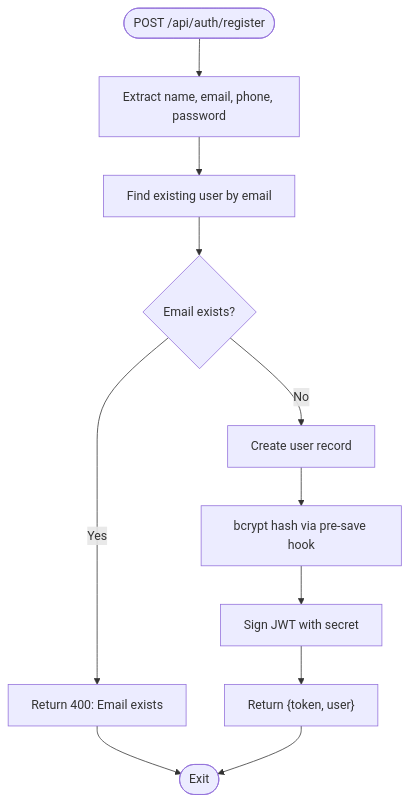
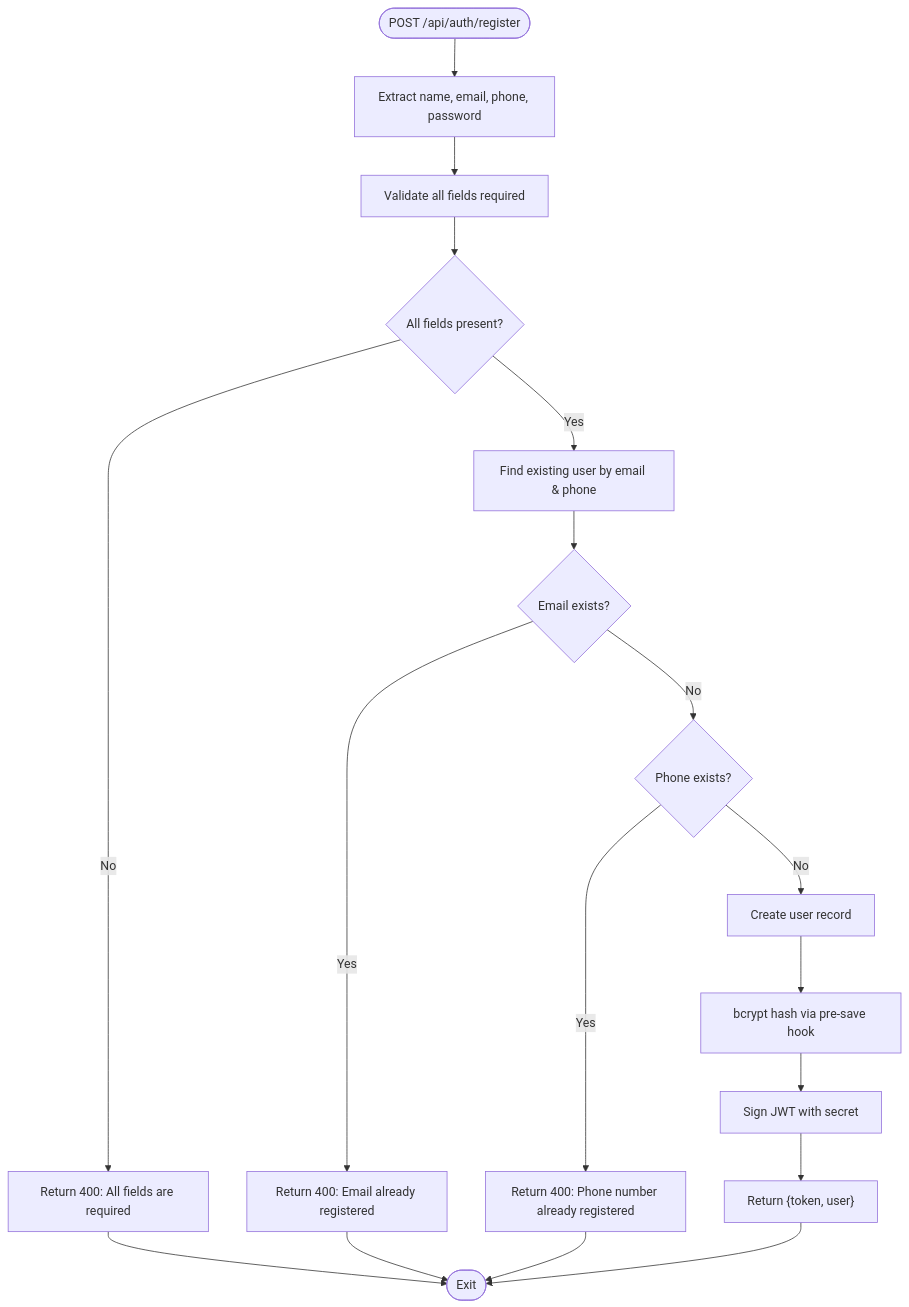
One commit to Pavan-PSPK9032/TrendsandToss changed the third of 11 diagrams in .qoder/repowiki/en/content/Authentication & Authorization/Login & Registration Process.md. Above: the diagram before and after it, drawn with Mermaid. The commit also changed other lines of this file and 27 other files, not shown here.

````diff
--- a/.qoder/repowiki/en/content/Authentication & Authorization/Login & Registration Process.md
+++ b/.qoder/repowiki/en/content/Authentication & Authorization/Login & Registration Process.md
@@ -197,13 +200,20 @@
 ```mermaid
 flowchart TD
 Start(["POST /api/auth/register"]) --> Extract["Extract name, email, phone, password"]
-Extract --> CheckDup["Find existing user by email"]
-CheckDup --> Exists{"Email exists?"}
-Exists --> |Yes| ErrDup["Return 400: Email exists"]
-Exists --> |No| CreateUser["Create user record"]
+Extract --> Validate["Validate all fields required"]
+Validate --> Valid{"All fields present?"}
+Valid --> |No| ErrFields["Return 400: All fields are required"]
+Valid --> |Yes| CheckDup["Find existing user by email & phone"]
+CheckDup --> ExistsEmail{"Email exists?"}
+ExistsEmail --> |Yes| ErrEmail["Return 400: Email already registered"]
+ExistsEmail --> |No| ExistsPhone{"Phone exists?"}
+ExistsPhone --> |Yes| ErrPhone["Return 400: Phone number already registered"]
+ExistsPhone --> |No| CreateUser["Create user record"]
 CreateUser --> Hash["bcrypt hash via pre-save hook"]
 Hash --> Sign["Sign JWT with secret"]
 Sign --> Respond["Return {token, user}"]
-ErrDup --> End(["Exit"])
+ErrFields --> End(["Exit"])
+ErrEmail --> End
+ErrPhone --> End
 Respond --> End
 ```
````
